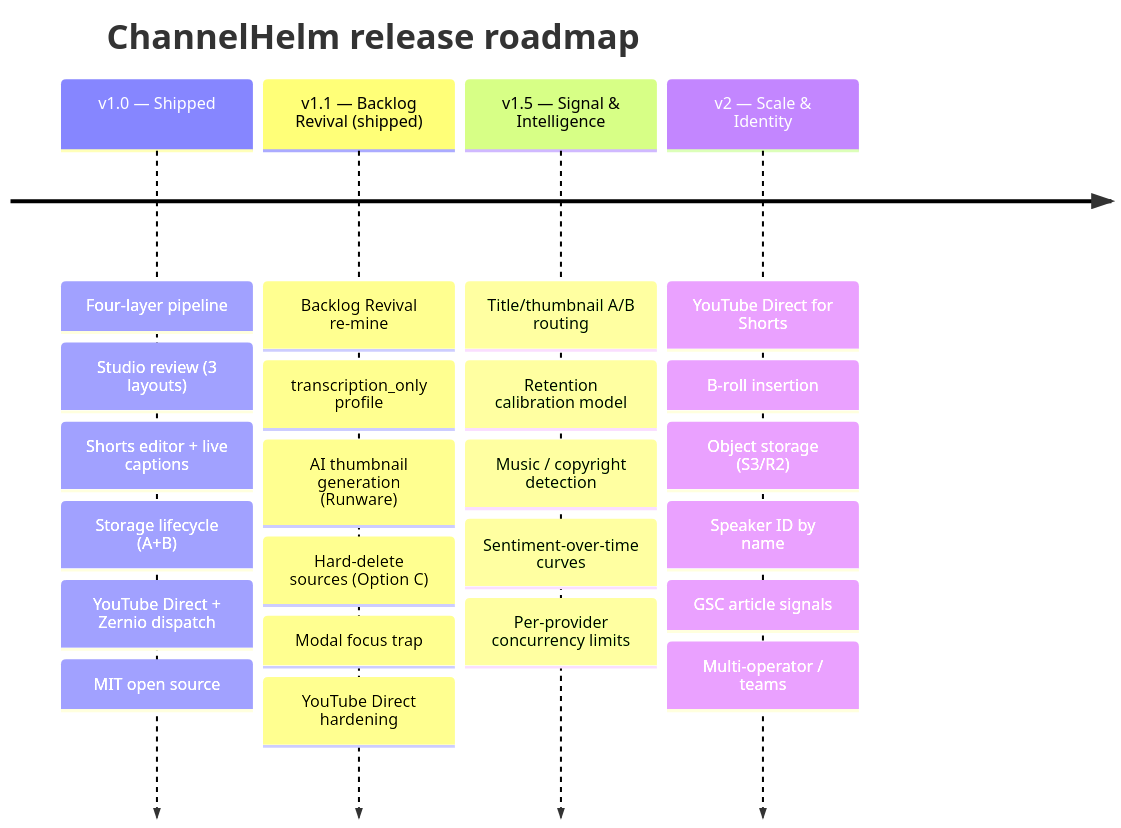
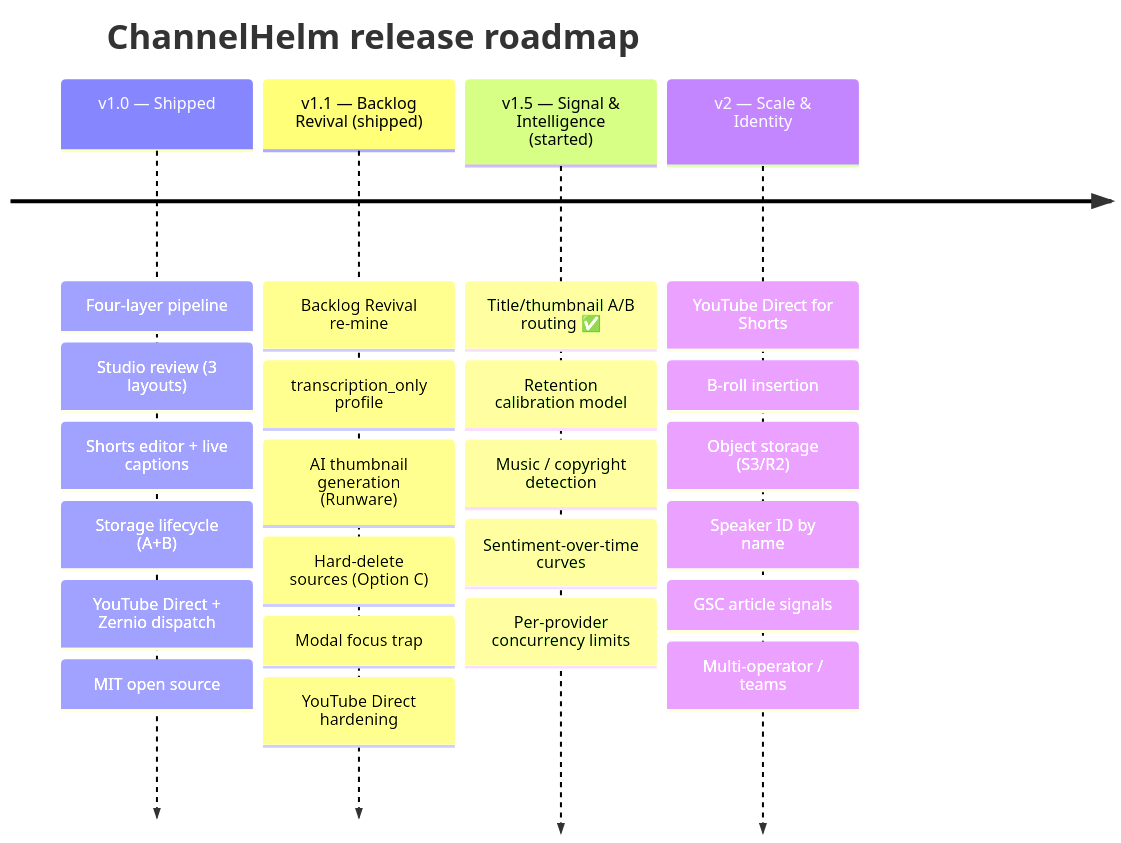
One commit to MeyerThorsten/ChannelHelm changed the diagram in ROADMAP.md. Above: the diagram before and after it, drawn with Mermaid. The commit also changed other lines of this file and 23 other files, not shown here.

First line of the commit message:
feat(v1.5): self-run title/thumbnail A/B routing (Helm Signal)

````diff
--- a/ROADMAP.md
+++ b/ROADMAP.md
@@ -5,8 +5,8 @@
 ```mermaid
 timeline
     title ChannelHelm release roadmap
     v1.0 — Shipped : Four-layer pipeline : Studio review (3 layouts) : Shorts editor + live captions : Storage lifecycle (A+B) : YouTube Direct + Zernio dispatch : MIT open source
     v1.1 — Backlog Revival (shipped) : Backlog Revival re-mine : transcription_only profile : AI thumbnail generation (Runware) : Hard-delete sources (Option C) : Modal focus trap : YouTube Direct hardening
-    v1.5 — Signal & Intelligence : Title/thumbnail A/B routing : Retention calibration model : Music / copyright detection : Sentiment-over-time curves : Per-provider concurrency limits
+    v1.5 — Signal & Intelligence (started) : Title/thumbnail A/B routing ✅ : Retention calibration model : Music / copyright detection : Sentiment-over-time curves : Per-provider concurrency limits
     v2 — Scale & Identity : YouTube Direct for Shorts : B-roll insertion : Object storage (S3/R2) : Speaker ID by name : GSC article signals : Multi-operator / teams
 ```
````
